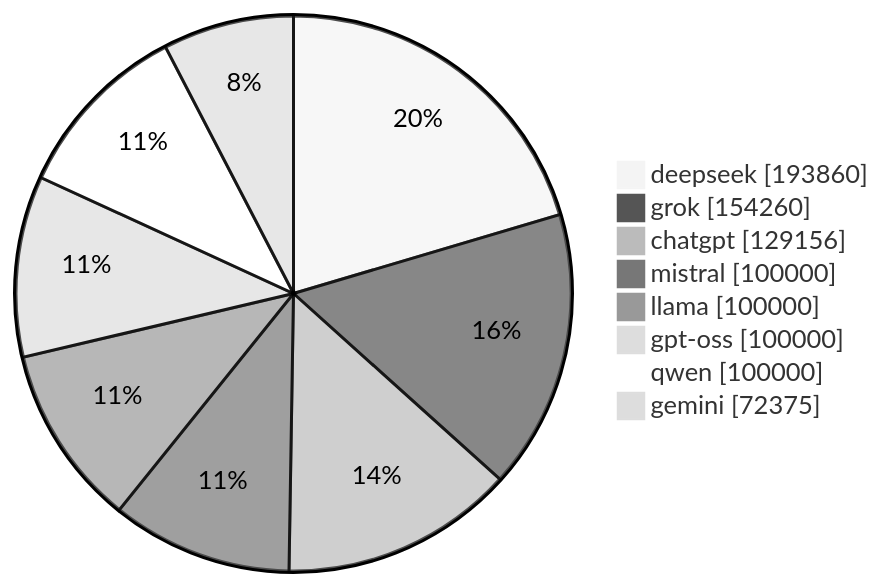
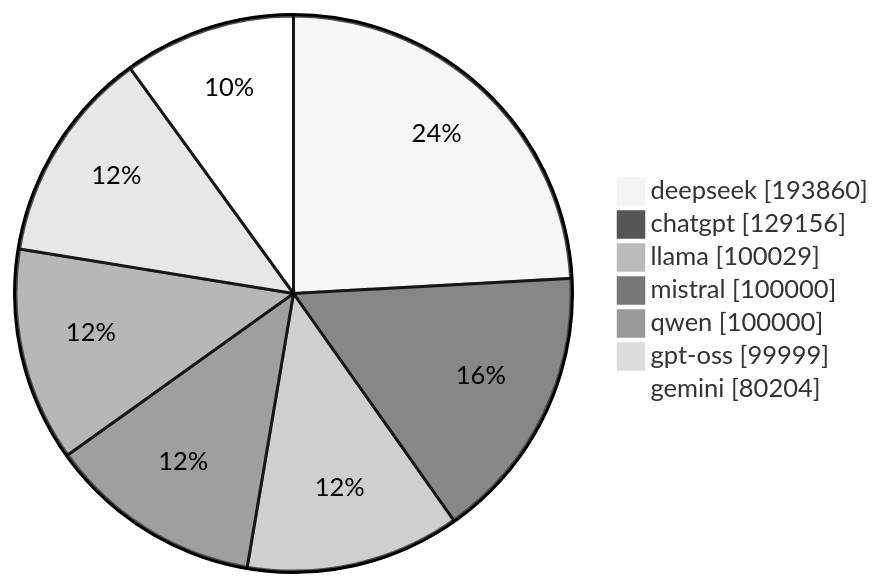
One commit to gqgs/llm100kbench changed the diagram in README.md. Above: the diagram before and after it, drawn with Mermaid (neutral theme). The commit also changed other lines of this file and 16 other files, not shown here.

````diff
--- a/README.md
+++ b/README.md
@@ -50,11 +50,10 @@
 ```mermaid
 pie showData
     "deepseek" : 193860
-    "grok" : 154260
     "chatgpt" : 129156
+    "llama" : 100029
     "mistral" : 100000
-    "llama" : 100000
-    "gpt-oss" : 100000
     "qwen" : 100000
-    "gemini" : 72375
+    "gpt-oss" : 99999
+    "gemini" : 80204
 ```
````
